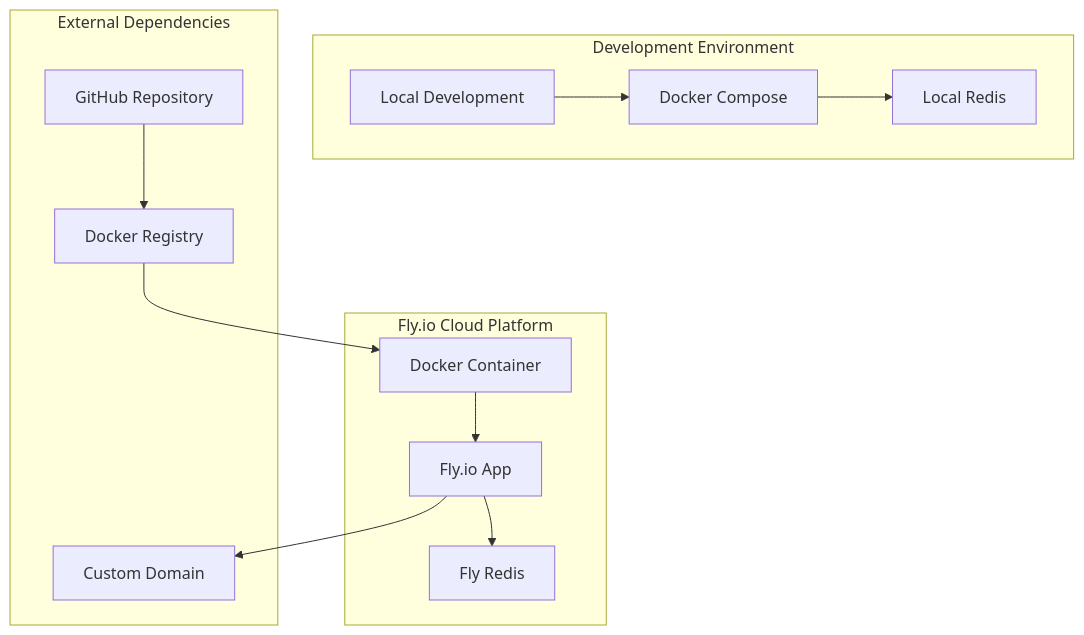
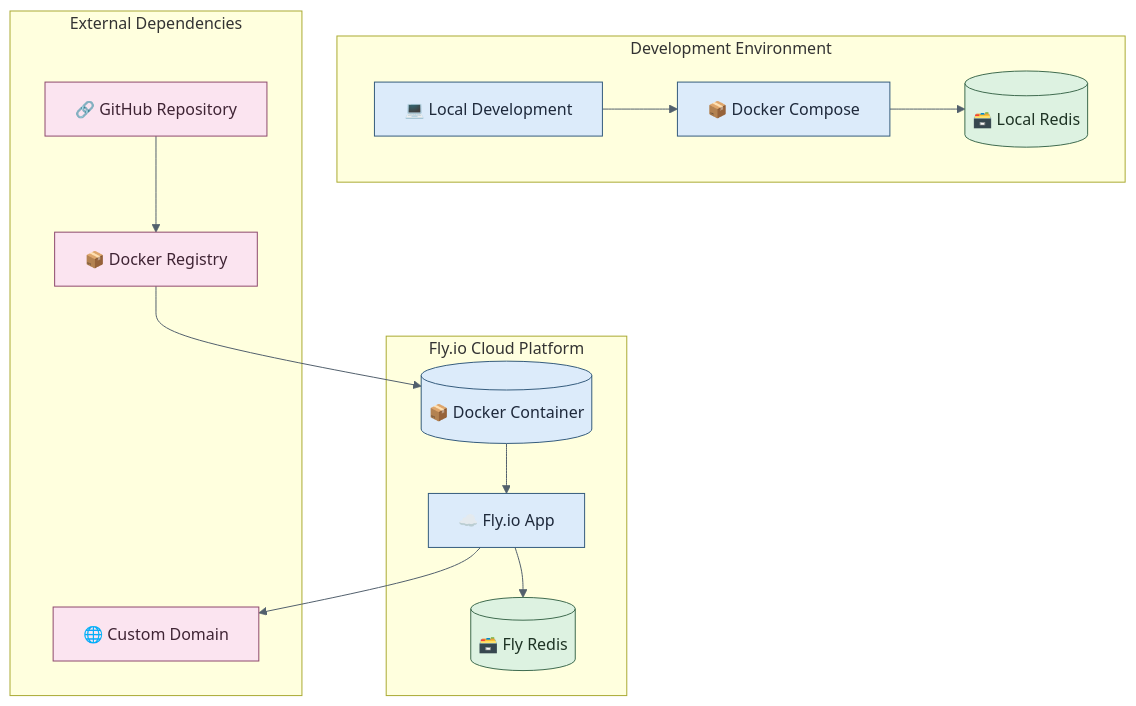
The fourth of 5 diagrams in README.md (enogrob/project-order-normalizer-api), drawn with Mermaid before and after one commit. The commit also changed other lines of this file, not shown here.

````diff
--- a/README.md
+++ b/README.md
@@ -178,29 +186,37 @@
 ```mermaid
 graph TB
     subgraph "Development Environment"
-        DEV[Local Development]
-        DOCKER_DEV[Docker Compose]
-        REDIS_LOCAL[Local Redis]
+      DEV["💻 Local Development"]
+      DOCKER_DEV["📦 Docker Compose"]
+      REDIS_LOCAL[("🗃️ Local Redis")]
     end
     
     subgraph "Fly.io Cloud Platform"
-        FLY[Fly.io App]
-        REDIS_FLY[Fly Redis]
-        DOCKER_PROD[Docker Container]
+      FLY["☁️ Fly.io App"]
+      REDIS_FLY[("🗃️ Fly Redis")]
+      DOCKER_PROD[("📦 Docker Container")]
     end
     
     subgraph "External Dependencies"
-        GITHUB[GitHub Repository]
-        DOCKER_HUB[Docker Registry]
-        DNS[Custom Domain]
+      GITHUB["🔗 GitHub Repository"]
+      DOCKER_HUB["📦 Docker Registry"]
+      DNS["🌐 Custom Domain"]
     end
     
     DEV --> DOCKER_DEV
     DOCKER_DEV --> REDIS_LOCAL
     
     GITHUB --> DOCKER_HUB
     DOCKER_HUB --> DOCKER_PROD
     DOCKER_PROD --> FLY
     FLY --> REDIS_FLY
     FLY --> DNS
+
+    classDef process fill:#DCEBFA,stroke:#355C7D,color:#1E293B
+    classDef data fill:#DDF2E1,stroke:#3F6B4F,color:#1E3324
+    classDef external fill:#FBE4F0,stroke:#8E496D,color:#3F2434
+    class DEV,DOCKER_DEV,FLY,DOCKER_PROD process
+    class REDIS_LOCAL,REDIS_FLY data
+    class GITHUB,DOCKER_HUB,DNS external
+    linkStyle default stroke:#52606D
 ```
````
